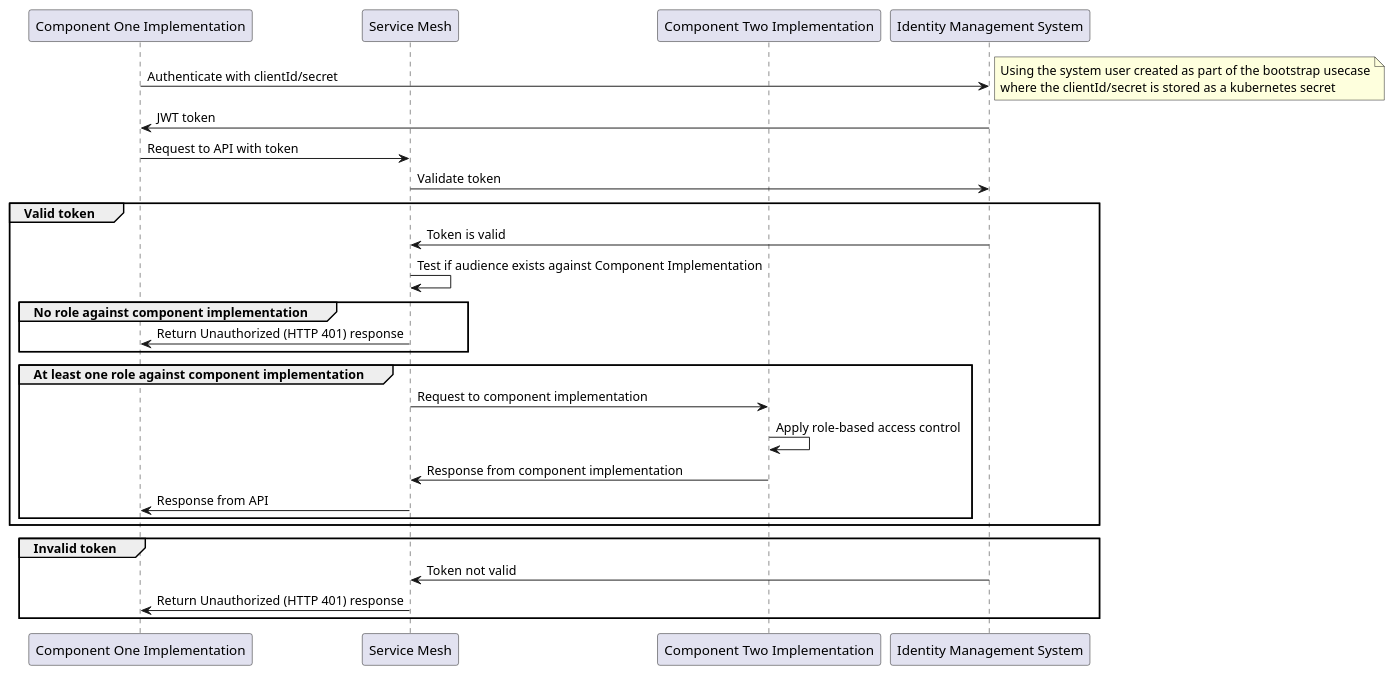
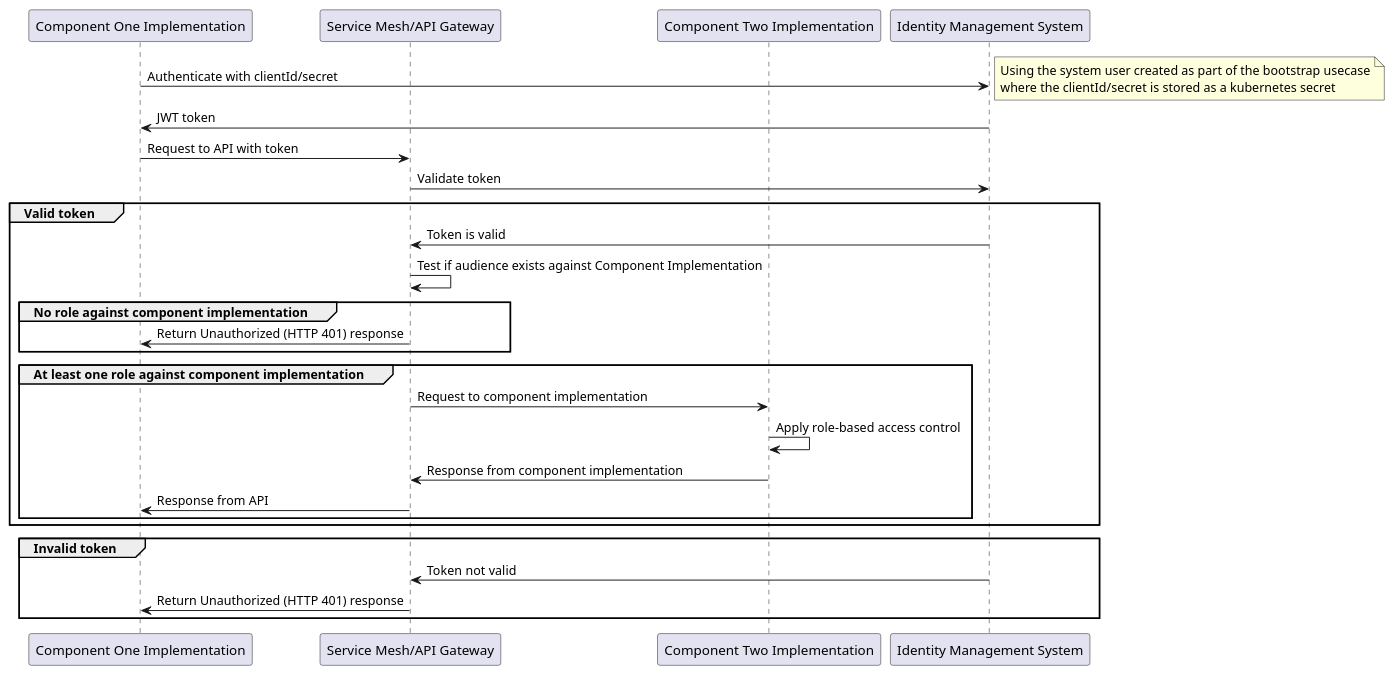
One commit to tmforum-oda/oda-canvas changed the diagram in usecase-library/pumlFiles/authentication-internal-system.puml. Above: the diagram before and after it, drawn with PlantUML. The commit also changed 4 other files, not shown here.

```diff
--- a/usecase-library/pumlFiles/authentication-internal-system.puml
+++ b/usecase-library/pumlFiles/authentication-internal-system.puml
@@ -1,39 +1,39 @@
 @startuml
 
 participant Comp1Imp as "Component One Implementation"
-participant ServiceMesh as "Service Mesh"
+participant ServiceMesh as "Service Mesh/API Gateway"
 participant Comp2Imp as "Component Two Implementation"
 participant IDM as "Identity Management System"
 
 
 Comp1Imp -> IDM : Authenticate with clientId/secret
 note right
     Using the system user created as part of the bootstrap usecase
     where the clientId/secret is stored as a kubernetes secret
 end note
 Comp1Imp <- IDM : JWT token
 
 Comp1Imp -> ServiceMesh : Request to API with token
 ServiceMesh -> IDM: Validate token
 
 group Valid token
     ServiceMesh <- IDM: Token is valid
     ServiceMesh -> ServiceMesh: Test if audience exists against Component Implementation
     group No role against component implementation
         ServiceMesh -> Comp1Imp : Return Unauthorized (HTTP 401) response
     end
     group At least one role against component implementation
         ServiceMesh -> Comp2Imp: Request to component implementation
         Comp2Imp -> Comp2Imp: Apply role-based access control
         ServiceMesh <- Comp2Imp: Response from component implementation
         Comp1Imp <- ServiceMesh : Response from API
     end
 end
 
 group Invalid token
     ServiceMesh <- IDM: Token not valid
     ServiceMesh -> Comp1Imp : Return Unauthorized (HTTP 401) response
 end
 
 
 @enduml
```
